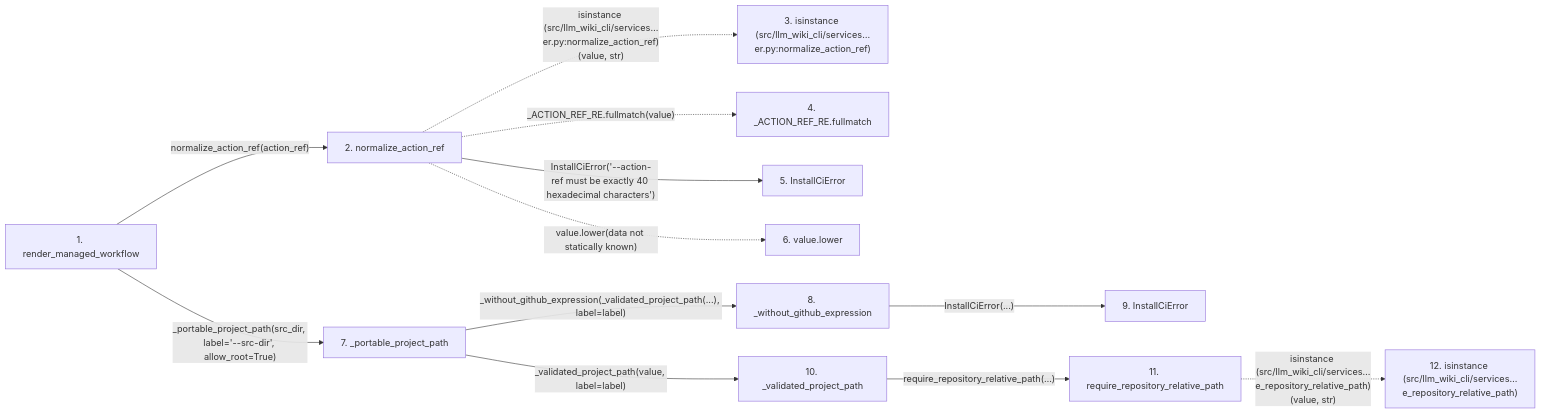
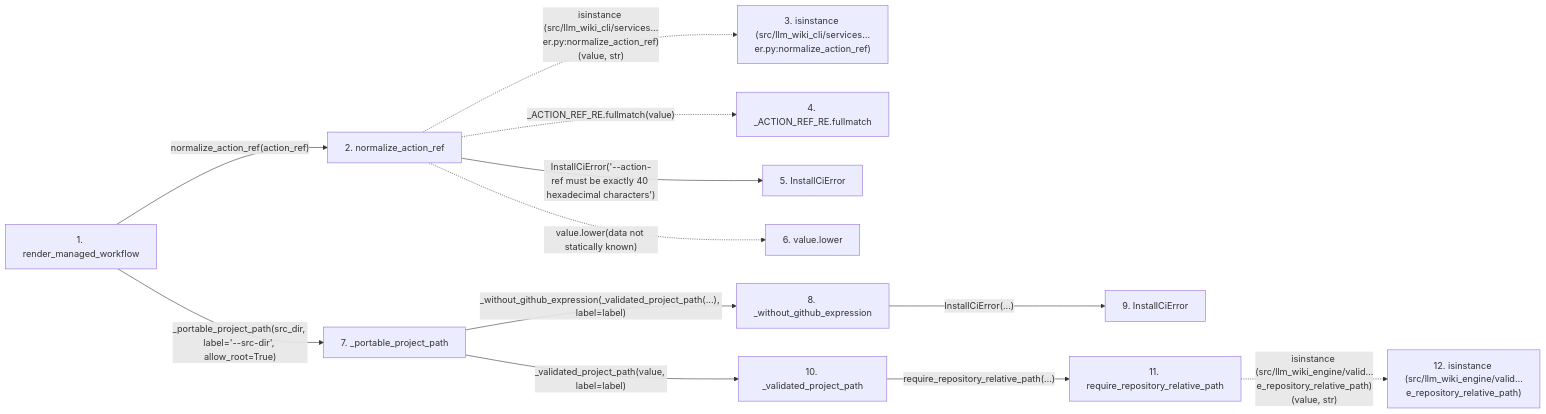
One commit to Denissvgn/python-wiki-llm changed the second of 2 diagrams in docs/llm_wiki/flows/api-render_managed_workflow.md. Above: the diagram before and after it, drawn with Mermaid. The commit also changed other lines of this file and 1103 other files, not shown here.

First line of the commit message:
docs: refresh the wiki for the llm-wiki-engine distribution

````diff
--- a/docs/llm_wiki/flows/api-render_managed_workflow.md
+++ b/docs/llm_wiki/flows/api-render_managed_workflow.md
@@ -128,34 +128,34 @@
 ```mermaid
 flowchart LR
     s1["1. render_managed_workflow"]
     s2["2. normalize_action_ref"]
     s3["3. isinstance (src/llm_wiki_cli/services…er.py:normalize_action_ref)"]
     s4["4. _ACTION_REF_RE.fullmatch"]
     s5["5. InstallCiError"]
     s6["6. value.lower"]
     s7["7. _portable_project_path"]
     s8["8. _without_github_expression"]
     s9["9. InstallCiError"]
     s10["10. _validated_project_path"]
     s11["11. require_repository_relative_path"]
-    s12["12. isinstance (src/llm_wiki_cli/services…e_repository_relative_path)"]
+    s12["12. isinstance (src/llm_wiki_engine/valid…e_repository_relative_path)"]
     s1 -->|"normalize_action_ref(action_ref)"| s2
     s2 -. "isinstance (src/llm_wiki_cli/services…er.py:normalize_action_ref)(value, str)" .-> s3
     s2 -. "_ACTION_REF_RE.fullmatch(value)" .-> s4
     s2 -->|"InstallCiError('--action-ref must be exactly 40 hexadecimal characters')"| s5
     s2 -. "value.lower(data not statically known)" .-> s6
     s1 -->|"_portable_project_path(src_dir, label='--src-dir', allow_root=True)"| s7
     s7 -->|"_without_github_expression(_validated_project_path(...), label=label)"| s8
     s8 -->|"InstallCiError(...)"| s9
     s7 -->|"_validated_project_path(value, label=label)"| s10
     s10 -->|"require_repository_relative_path(…)"| s11
-    s11 -. "isinstance (src/llm_wiki_cli/services…e_repository_relative_path)(value, str)" .-> s12
+    s11 -. "isinstance (src/llm_wiki_engine/valid…e_repository_relative_path)(value, str)" .-> s12
     click s1 "../modules/ci_installer.md"
     click s2 "../modules/ci_installer.md"
     click s5 "../modules/ci_installer.md"
     click s7 "../modules/ci_installer.md"
     click s8 "../modules/ci_installer.md"
     click s9 "../modules/ci_installer.md"
     click s10 "../modules/ci_installer.md"
     click s11 "../modules/validation.md"
 ```
````
